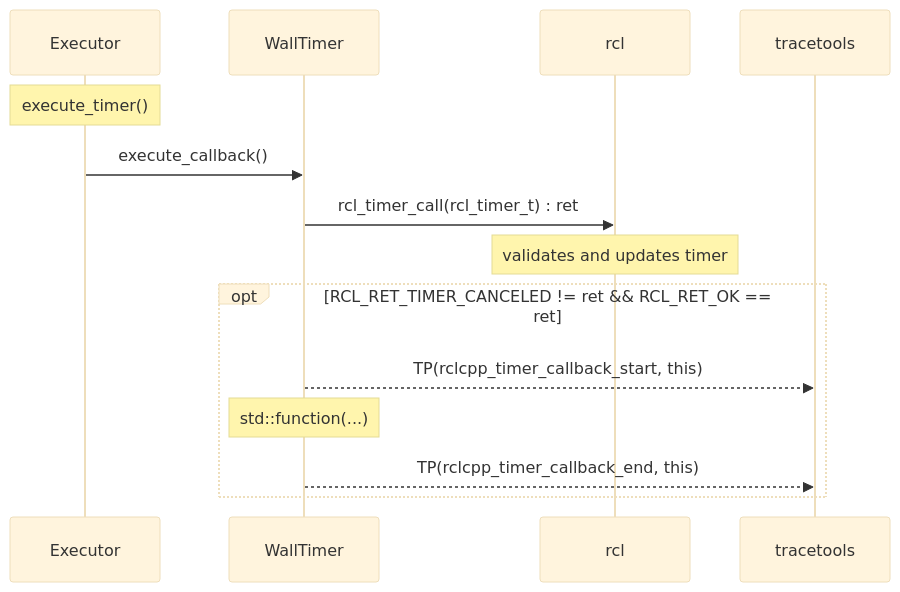
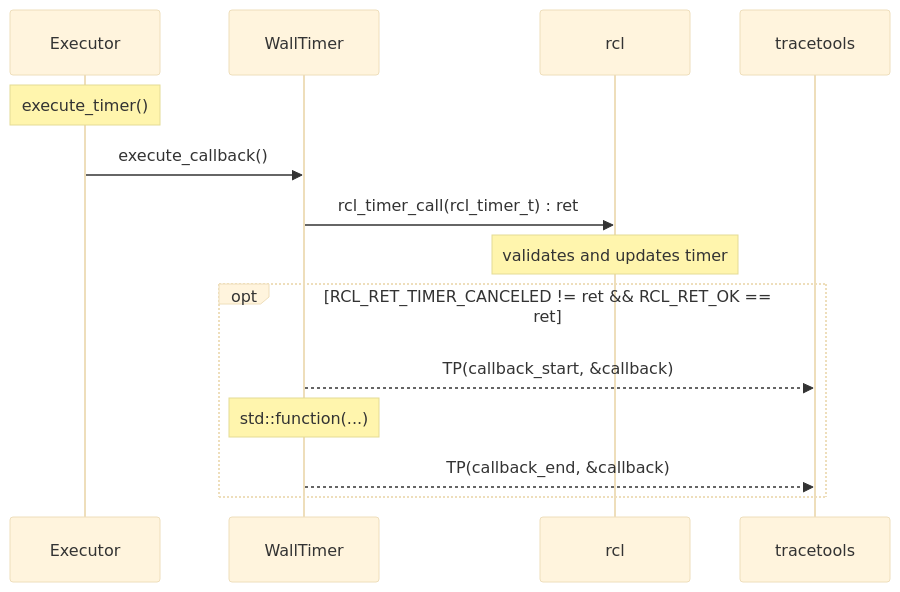
Diagram 13 of 13 in doc/design_ros_2.md (ros2/ros2_tracing), drawn with Mermaid (base theme) before and after one commit. The commit also changed other lines of this file, not shown here.

Commit message:
Update callback_* events

````diff
--- a/doc/design_ros_2.md
+++ b/doc/design_ros_2.md
@@ -449,17 +449,17 @@
 ```mermaid
 sequenceDiagram
     participant Executor
     participant WallTimer
     participant rcl
     participant tracetools
 
     Note over Executor: execute_timer()
     Executor->>WallTimer: execute_callback()
     WallTimer->>rcl: rcl_timer_call(rcl_timer_t) : ret
     Note over rcl: validates and updates timer
     opt RCL_RET_TIMER_CANCELED != ret && RCL_RET_OK == ret
-        WallTimer-->>tracetools: TP(rclcpp_timer_callback_start, this)
+        WallTimer-->>tracetools: TP(callback_start, &callback)
         Note over WallTimer: std::function(...)
-        WallTimer-->>tracetools: TP(rclcpp_timer_callback_end, this)
+        WallTimer-->>tracetools: TP(callback_end, &callback)
     end
 ```
````
